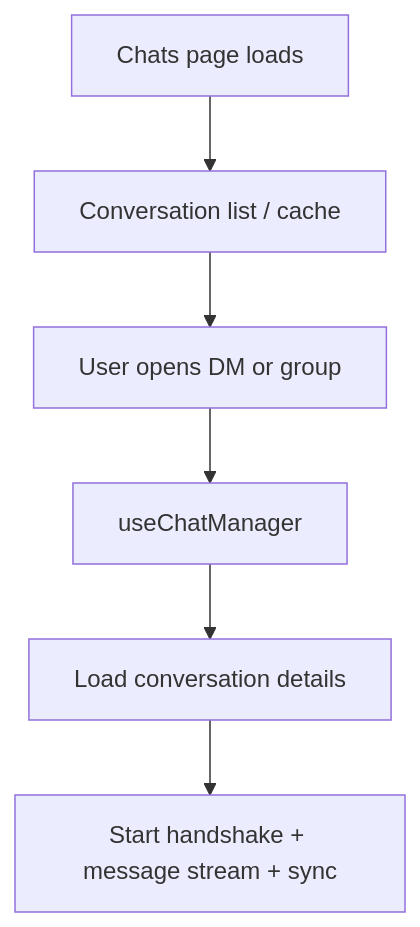
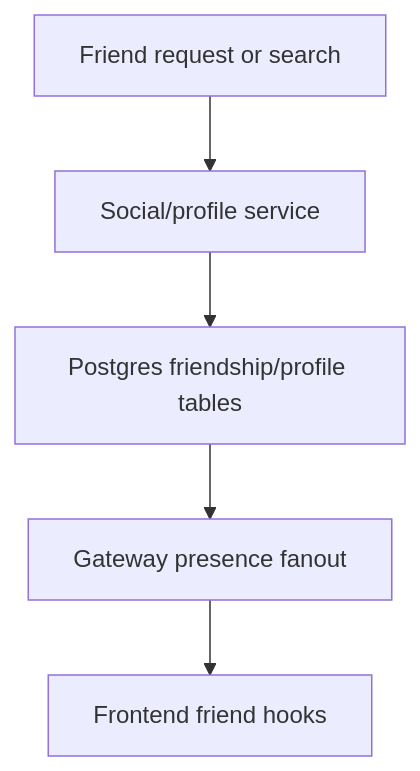
Before and after one commit to voidjack233/VOIDCHATS-NOTE2EE: the fourth of 9 diagrams in VOID0000-www/docs/project-flow-map.md, drawn with Mermaid. The commit also changed other lines of this file and 497 other files, not shown here.

````diff
--- a/VOID0000-www/docs/project-flow-map.md
+++ b/VOID0000-www/docs/project-flow-map.md
@@ -235,8 +151,7 @@
 ```mermaid
 flowchart TD
-  A[Chats page loads] --> B[Conversation list / cache]
-  B --> C[User opens DM or group]
-  C --> D[useChatManager]
-  D --> E[Load conversation details]
-  E --> F[Start handshake + message stream + sync]
+  A[Friend request or search] --> B[Social/profile service]
+  B --> C[Postgres friendship/profile tables]
+  C --> D[Gateway presence fanout]
+  D --> E[Frontend friend hooks]
 ```
````
